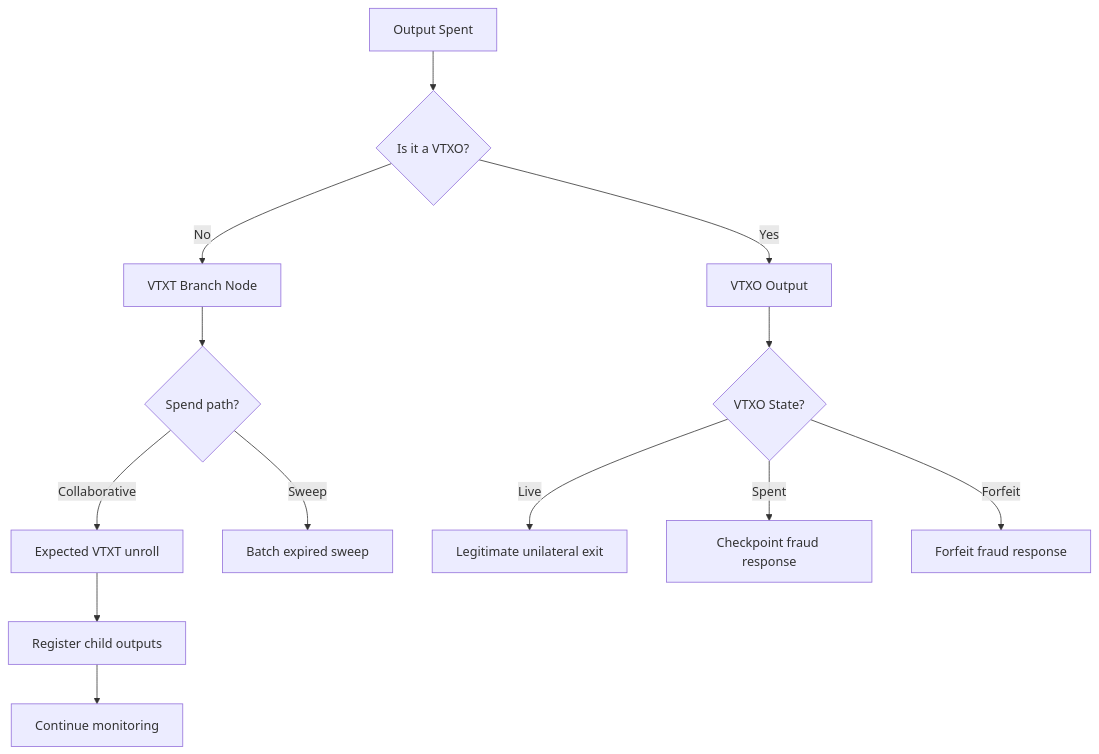
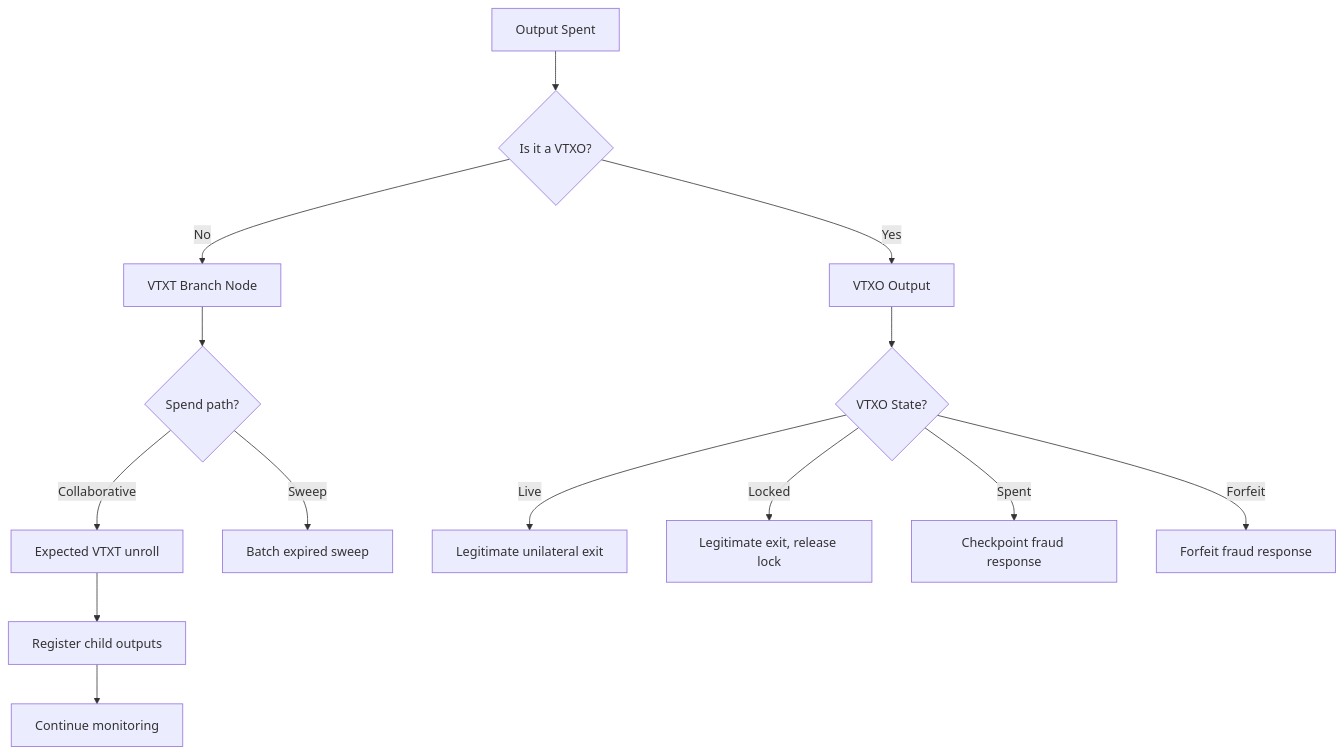
The second of 7 diagrams in docs/ark-specs/ARK-04-monitoring.md (lightninglabs/wavelength), drawn with Mermaid before and after one commit. The commit also changed other lines of this file and 6 other files, not shown here.

````diff
--- a/docs/ark-specs/ARK-04-monitoring.md
+++ b/docs/ark-specs/ARK-04-monitoring.md
@@ -279,19 +279,20 @@
 ```mermaid
 flowchart TD
     SPEND[Output Spent] --> CHECK{Is it a VTXO?}
 
     CHECK -->|No| VTXT[VTXT Branch Node]
     CHECK -->|Yes| VTXO[VTXO Output]
 
     VTXT --> VPATH{Spend path?}
     VPATH -->|Collaborative| COLLAB[Expected VTXT unroll]
     VPATH -->|Sweep| SWEEP[Batch expired sweep]
 
     VTXO --> VSTATE{VTXO State?}
     VSTATE -->|Live| LEGIT[Legitimate unilateral exit]
+    VSTATE -->|Locked| LEGIT_LOCKED[Legitimate exit, release lock]
     VSTATE -->|Spent| FRAUD_SPENT[Checkpoint fraud response]
     VSTATE -->|Forfeit| FRAUD_FORFEIT[Forfeit fraud response]
 
     COLLAB --> REGISTER[Register child outputs]
     REGISTER --> MONITOR[Continue monitoring]
 ```
````
